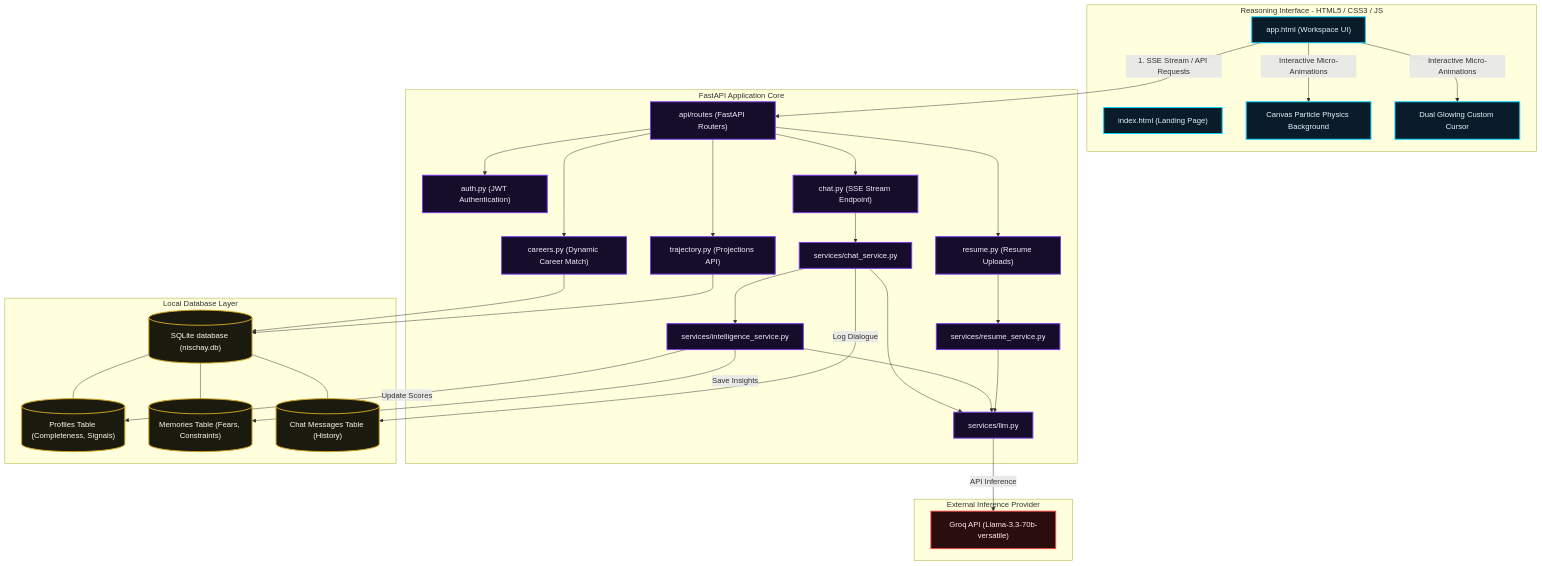
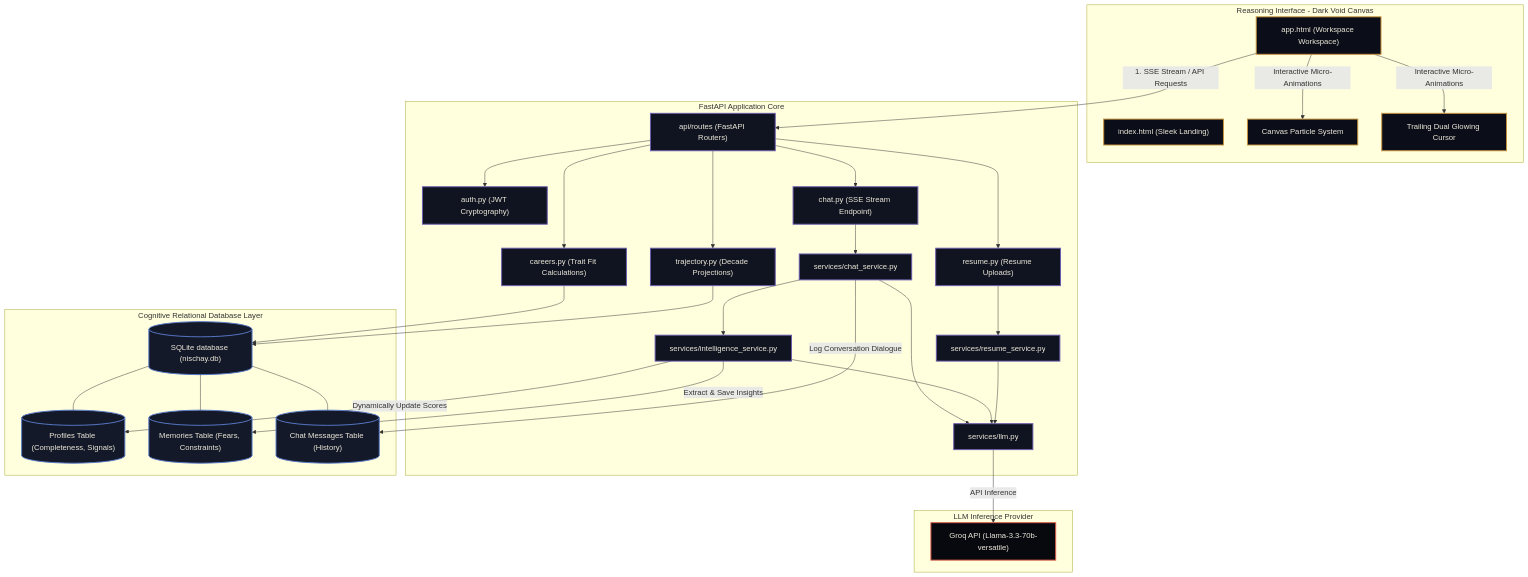
Before and after one commit to Aryanrajpandey/Nischay-Reasoning: the diagram in README.md, drawn with Mermaid. The commit also changed other lines of this file, not shown here.

````diff
--- a/README.md
+++ b/README.md
@@ -11,72 +29,72 @@
 ```mermaid
 graph TD
     %% Styling
-    classDef default fill:#0A0A1A,stroke:#2A2A4A,stroke-width:1.5px,color:#F0EEF8;
-    classDef frontend fill:#0A1B29,stroke:#00D4FF,stroke-width:2px,color:#E0F7FC;
-    classDef backend fill:#150D2A,stroke:#7C3AED,stroke-width:2px,color:#F3EDF8;
-    classDef database fill:#1A1A0F,stroke:#D4A520,stroke-width:2px,color:#FDF9E7;
-    classDef external fill:#2A0D0D,stroke:#EF4444,stroke-width:2px,color:#FDECEC;
+    classDef default fill:#090A0F,stroke:#1A1E29,stroke-width:1.5px,color:#EDE8DA;
+    classDef frontend fill:#0B0E18,stroke:#C8933C,stroke-width:2px,color:#EDE8DA;
+    classDef backend fill:#0F1420,stroke:#6B5DB0,stroke-width:2px,color:#EDE8DA;
+    classDef database fill:#131928,stroke:#5878C8,stroke-width:2px,color:#EDE8DA;
+    classDef external fill:#07090F,stroke:#E05C4B,stroke-width:2px,color:#EDE8DA;
 
     %% Frontend Layer
-    subgraph Frontend [Reasoning Interface - HTML5 / CSS3 / JS]
-        UI["app.html (Workspace UI)"]:::frontend
-        Landing["index.html (Landing Page)"]:::frontend
-        Particles["Canvas Particle Physics Background"]:::frontend
-        Cursor["Dual Glowing Custom Cursor"]:::frontend
+    subgraph Frontend [Reasoning Interface - Dark Void Canvas]
+        UI["app.html (Workspace Workspace)"]:::frontend
+        Landing["index.html (Sleek Landing)"]:::frontend
+        Particles["Canvas Particle System"]:::frontend
+        Cursor["Trailing Dual Glowing Cursor"]:::frontend
     end
 
     %% Backend Layer
     subgraph Backend [FastAPI Application Core]
         Routes["api/routes (FastAPI Routers)"]:::backend
-        Auth["auth.py (JWT Authentication)"]:::backend
+        Auth["auth.py (JWT Cryptography)"]:::backend
         ChatRoute["chat.py (SSE Stream Endpoint)"]:::backend
-        CareersRoute["careers.py (Dynamic Career Match)"]:::backend
-        TrajRoute["trajectory.py (Projections API)"]:::backend
+        CareersRoute["careers.py (Trait Fit Calculations)"]:::backend
+        TrajRoute["trajectory.py (Decade Projections)"]:::backend
         ResumeRoute["resume.py (Resume Uploads)"]:::backend
         
         ChatSvc["services/chat_service.py"]:::backend
         IntelSvc["services/intelligence_service.py"]:::backend
         ResumeSvc["services/resume_service.py"]:::backend
         LLMSvc["services/llm.py"]:::backend
     end
 
     %% Database Layer
-    subgraph Storage [Local Database Layer]
+    subgraph Storage [Cognitive Relational Database Layer]
         DB[("SQLite database (nischay.db)")]:::database
         Profiles[("Profiles Table (Completeness, Signals)")]:::database
         Memories[("Memories Table (Fears, Constraints)")]:::database
         Messages[("Chat Messages Table (History)")]:::database
     end
 
     %% External APIs
-    subgraph External [External Inference Provider]
+    subgraph External [LLM Inference Provider]
         Groq["Groq API (Llama-3.3-70b-versatile)"]:::external
     end
 
     %% Connections
     UI -->|1. SSE Stream / API Requests| Routes
     UI -->|Interactive Micro-Animations| Cursor & Particles
     
     Routes --> Auth
     Routes --> ChatRoute
     Routes --> CareersRoute
     Routes --> TrajRoute
     Routes --> ResumeRoute
 
     ChatRoute --> ChatSvc
     CareersRoute --> DB
     TrajRoute --> DB
     ResumeRoute --> ResumeSvc
 
     ChatSvc --> IntelSvc
     ChatSvc --> LLMSvc
     IntelSvc --> LLMSvc
     ResumeSvc --> LLMSvc
     LLMSvc -->|API Inference| Groq
 
-    IntelSvc -->|Save Insights| Memories
-    IntelSvc -->|Update Scores| Profiles
-    ChatSvc -->|Log Dialogue| Messages
+    IntelSvc -->|Extract & Save Insights| Memories
+    IntelSvc -->|Dynamically Update Scores| Profiles
+    ChatSvc -->|Log Conversation Dialogue| Messages
 
     DB --- Profiles & Memories & Messages
 ```
````
